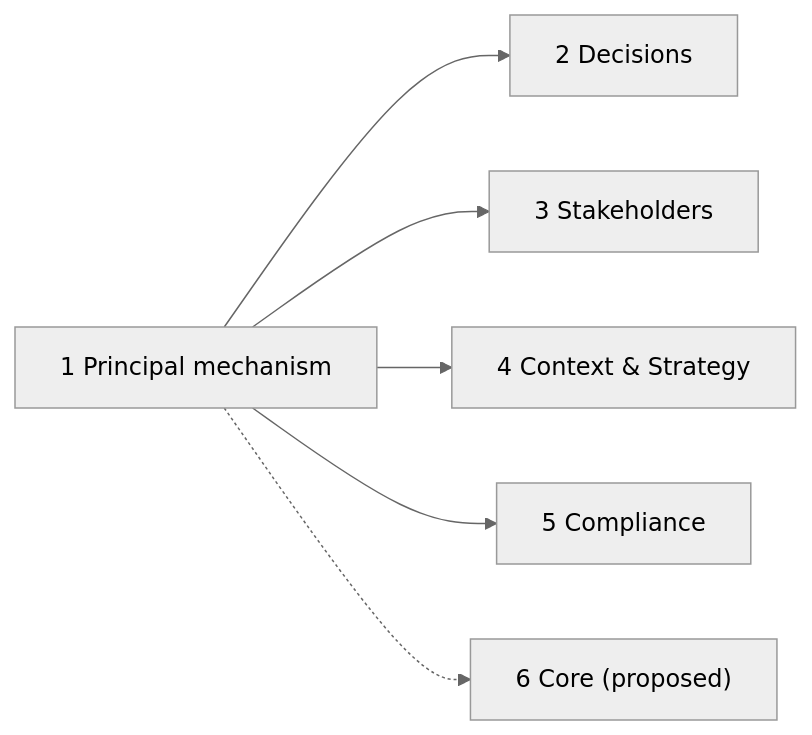
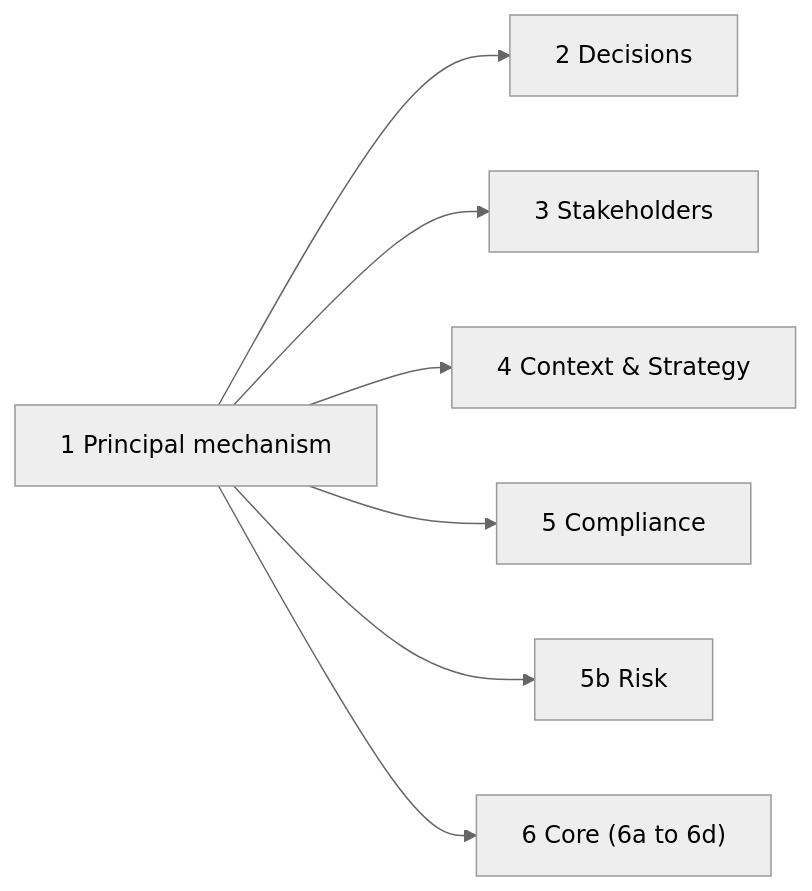
One commit to ballardr/reqtrackmanager changed the diagram in docs/plans/users-and-groups-parity-plan.md. Above: the diagram before and after it, drawn with Mermaid (neutral theme). The commit also changed other lines of this file and 329 other files, not shown here.

````diff
--- a/docs/plans/users-and-groups-parity-plan.md
+++ b/docs/plans/users-and-groups-parity-plan.md
@@ -18,8 +19,9 @@
 ```mermaid
 flowchart LR
     P1["1 Principal mechanism"] --> P2["2 Decisions"]
     P1 --> P3["3 Stakeholders"]
     P1 --> P4["4 Context & Strategy"]
     P1 --> P5["5 Compliance"]
-    P1 -.-> P6["6 Core (proposed)"]
+    P1 --> P5b["5b Risk"]
+    P1 --> P6["6 Core (6a to 6d)"]
 ```
````
